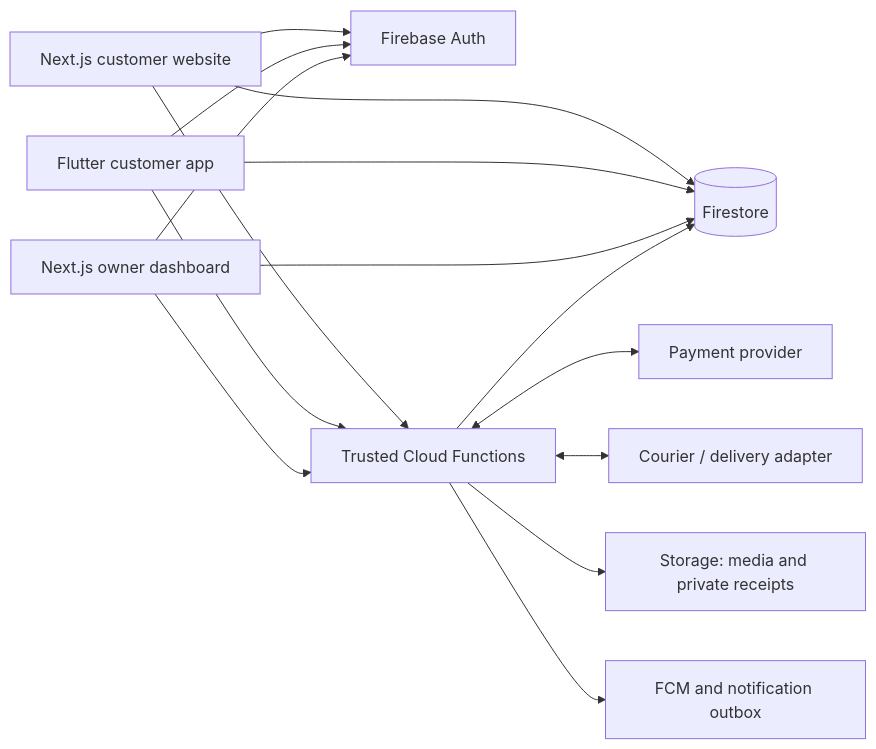
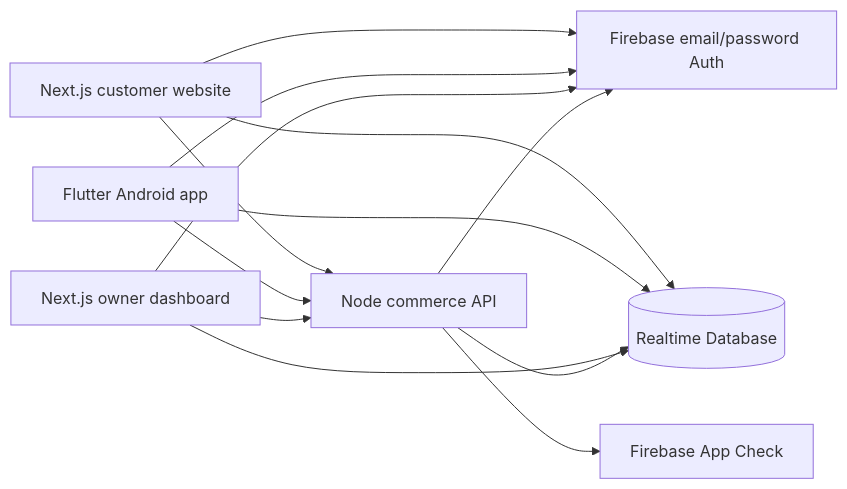
The diagram in docs/FIREBASE-ARCHITECTURE.md (sameerreddy789/Narayana_Naturals), drawn with Mermaid before and after one commit. The commit also changed other lines of this file and 69 other files, not shown here.

Commit message:
Connect website and Android to Realtime Database commerce API

````diff
--- a/docs/FIREBASE-ARCHITECTURE.md
+++ b/docs/FIREBASE-ARCHITECTURE.md
@@ -29,17 +10,15 @@
 ```mermaid
 flowchart LR
-  W[Next.js customer website] --> A[Firebase Auth]
-  M[Flutter customer app] --> A
+  W[Next.js customer website] --> A[Firebase email/password Auth]
+  M[Flutter Android app] --> A
   O[Next.js owner dashboard] --> A
-  W --> D[(Firestore)]
+  W --> D[(Realtime Database)]
   M --> D
   O --> D
-  W --> F[Trusted Cloud Functions]
-  M --> F
-  O --> F
-  F --> D
-  F <--> P[Payment provider]
-  F <--> C[Courier / delivery adapter]
-  F --> S[Storage: media and private receipts]
-  F --> N[FCM and notification outbox]
+  W --> N[Node commerce API]
+  M --> N
+  O --> N
+  N --> A
+  N --> C[Firebase App Check]
+  N --> D
 ```
````
